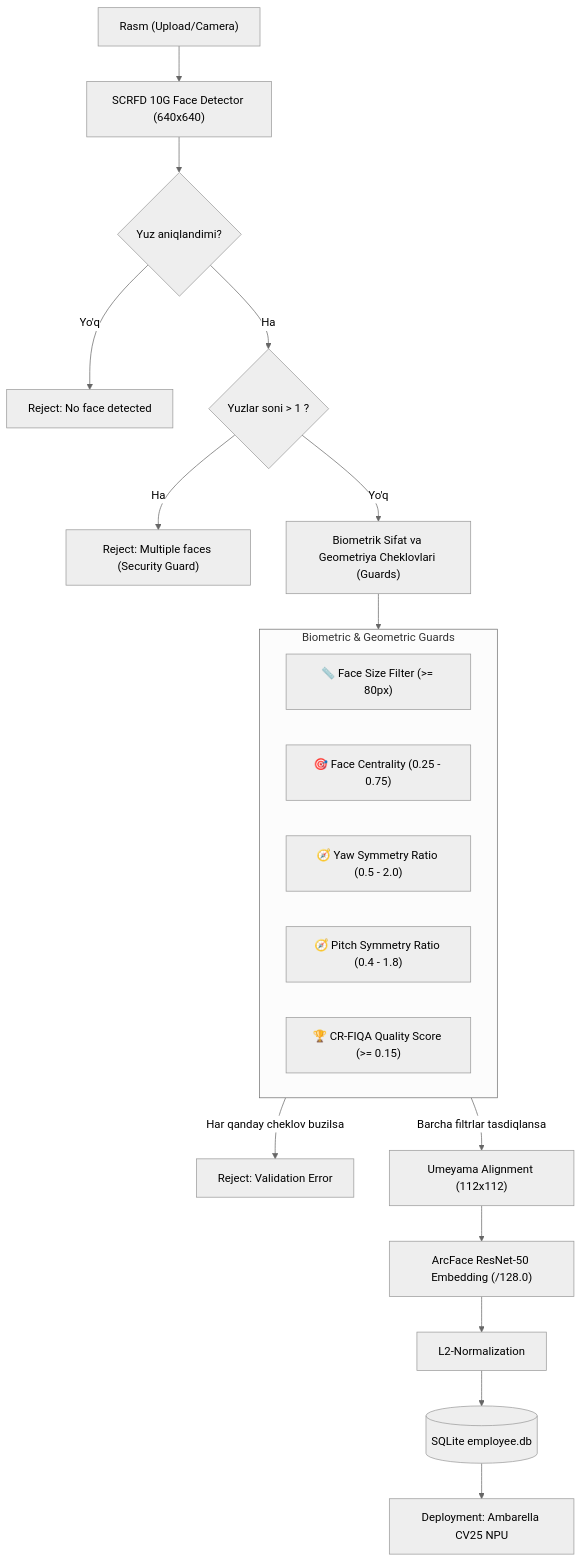
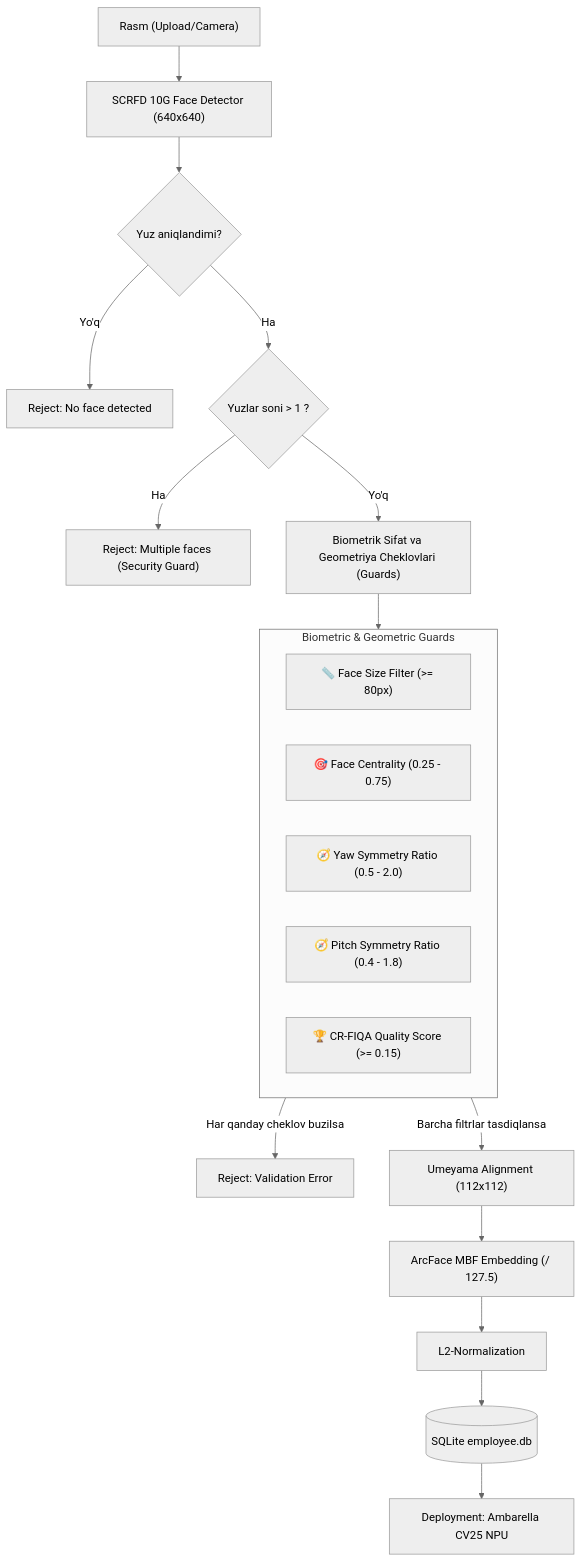
Before and after one commit to menarzullayev/faceProject: the diagram in README.md, drawn with Mermaid (neutral theme). The commit also changed other lines of this file and 4 other files, not shown here.

````diff
--- a/README.md
+++ b/README.md
@@ -13,26 +14,26 @@
 ```mermaid
 graph TD
     A["Rasm (Upload/Camera)"] --> B["SCRFD 10G Face Detector (640x640)"]
     B --> C{Yuz aniqlandimi?}
     C -- Yo'q --> Err1["Reject: No face detected"]
     C -- Ha --> D{Yuzlar soni > 1 ?}
     D -- Ha --> Err2["Reject: Multiple faces (Security Guard)"]
     D -- Yo'q --> E["Biometrik Sifat va Geometriya Cheklovlari (Guards)"]
     
     subgraph Guards [Biometric & Geometric Guards]
         E1["📏 Face Size Filter (>= 80px)"]
         E2["🎯 Face Centrality (0.25 - 0.75)"]
         E3["🧭 Yaw Symmetry Ratio (0.5 - 2.0)"]
         E4["🧭 Pitch Symmetry Ratio (0.4 - 1.8)"]
         E5["🏆 CR-FIQA Quality Score (>= 0.15)"]
     end
     
     E --> Guards
     Guards -- Har qanday cheklov buzilsa --> Err3["Reject: Validation Error"]
     Guards -- Barcha filtrlar tasdiqlansa --> F["Umeyama Alignment (112x112)"]
     
-    F --> G["ArcFace ResNet-50 Embedding (/128.0)"]
+    F --> G["ArcFace MBF Embedding (/ 127.5)"]
     G --> H["L2-Normalization"]
     H --> I[("SQLite employee.db")]
     I --> J["Deployment: Ambarella CV25 NPU"]
 ```
````
